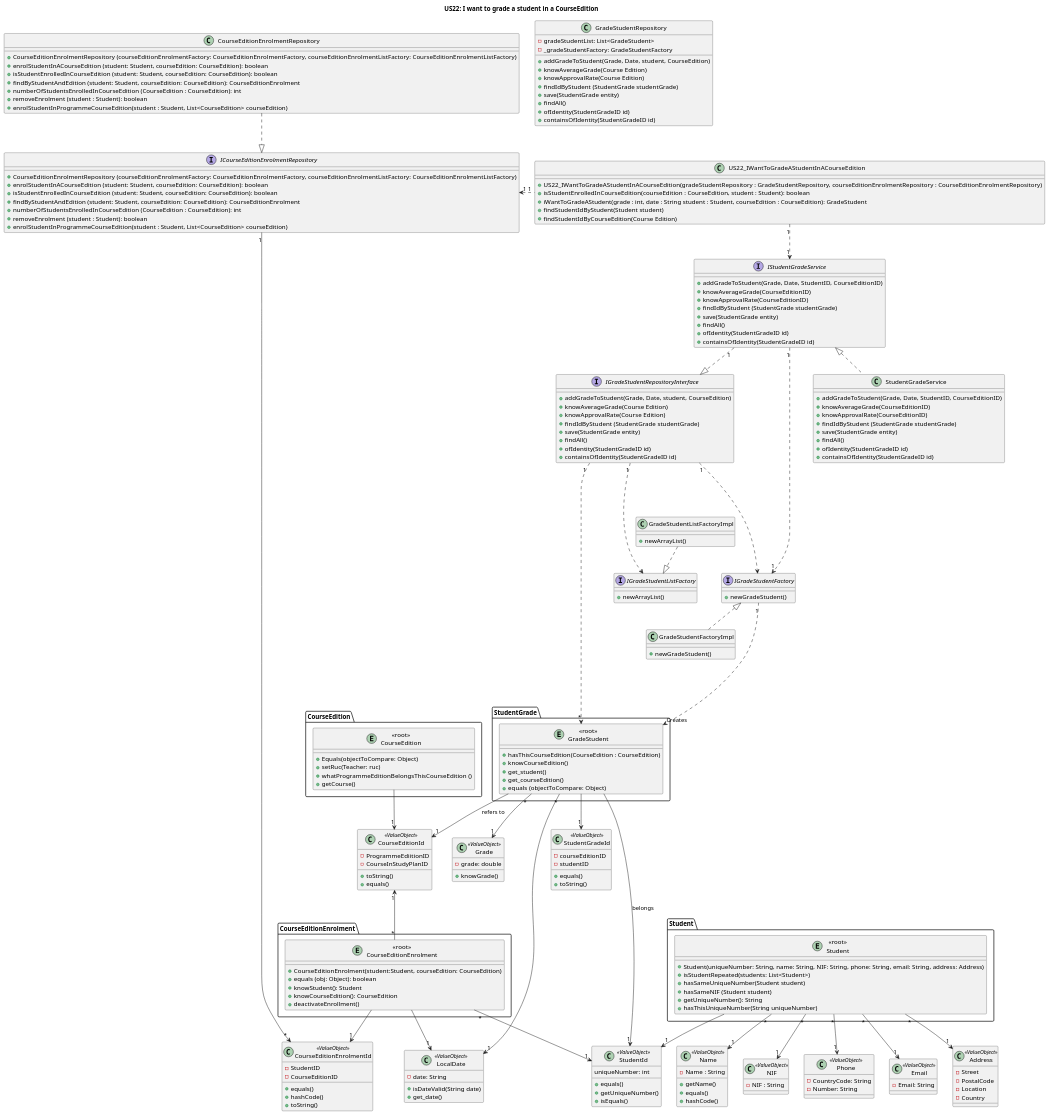
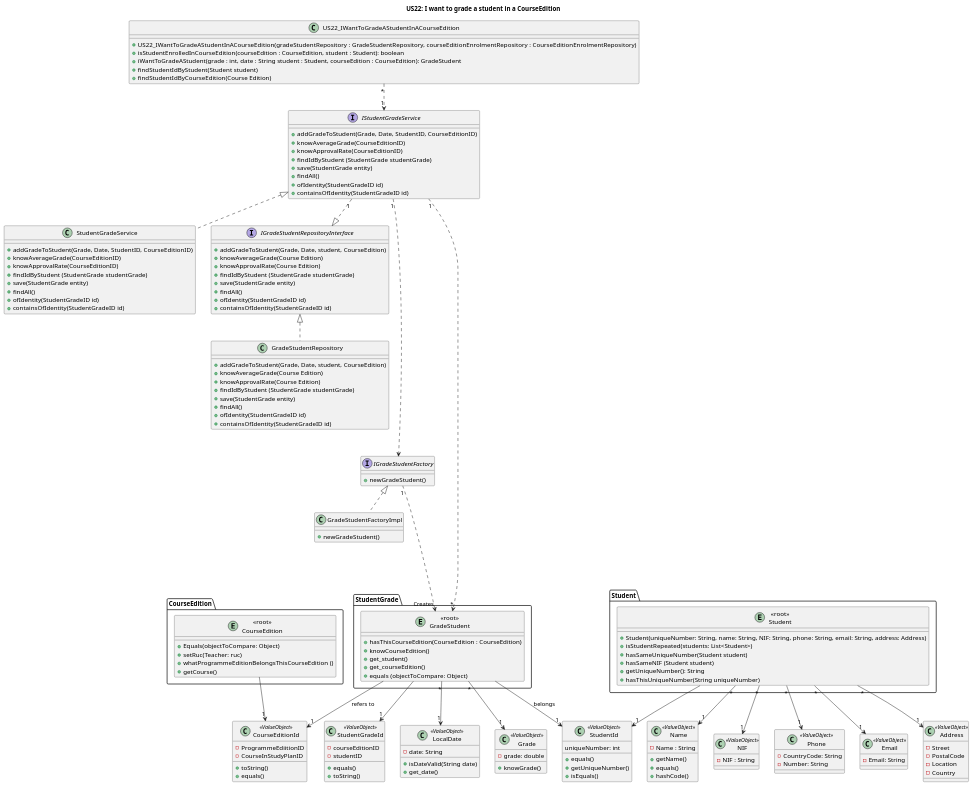
Before and after one commit to GasparISEP/DevOps-PAI: the diagram in docs/US22/US22_Sprint5GradeAStudentInACourseEdition_ClassDiagram.puml, drawn with PlantUML.

Commit message:
Ref #314: Took out some connections between controller and domain and added classes

```diff
--- a/docs/US22/US22_Sprint5GradeAStudentInACourseEdition_ClassDiagram.puml
+++ b/docs/US22/US22_Sprint5GradeAStudentInACourseEdition_ClassDiagram.puml
@@ -32,6 +32,7 @@
         +containsOfIdentity(StudentGradeID id)
 }
 
+/'
 class CourseEditionEnrolmentRepository {
     +CourseEditionEnrolmentRepository (courseEditionEnrolmentFactory: CourseEditionEnrolmentFactory, courseEditionEnrolmentListFactory: CourseEditionEnrolmentListFactory)
     +enrolStudentInACourseEdition (student: Student, courseEdition: CourseEdition): boolean
@@ -71,6 +72,7 @@
 
     }
     }
+    '/
 
 
 package "StudentGrade" {
@@ -102,8 +104,6 @@
         }
 
 class GradeStudentRepository {
-    -gradeStudentList: List<GradeStudent>
-    - _gradeStudentFactory: GradeStudentFactory
     +addGradeToStudent(Grade, Date, student, CourseEdition)
     +knowAverageGrade(Course Edition)
     +knowApprovalRate(Course Edition)
@@ -129,13 +129,6 @@
     +newGradeStudent()
 }
 
-interface IGradeStudentListFactory {
-    +newArrayList()
-}
-
-class GradeStudentListFactoryImpl {
-    +newArrayList()
-}
 
 class GradeStudentFactoryImpl {
     +newGradeStudent()
@@ -202,7 +195,7 @@
     }
     }
 
-"<<root>>\nCourseEditionEnrolment" --> "1" LocalDate
+
 "<<root>>\nStudent" "*" --> "1" Name
 "<<root>>\nStudent" "*" --> "1" NIF
 "<<root>>\nStudent" "*" --> "1" Email
@@ -212,31 +205,32 @@
 "<<root>>\nGradeStudent" "*" --> "1" LocalDate
 "<<root>>\nGradeStudent" --> "1" StudentId: belongs
 "<<root>>\nGradeStudent" --> "1" CourseEditionId : refers to
-IGradeStudentRepositoryInterface "1" ....> IGradeStudentFactory
+IStudentGradeService "1" ....> IGradeStudentFactory
 IGradeStudentFactory "1" ....> "Creates" "<<root>>\nGradeStudent"
-IGradeStudentRepositoryInterface "1" ....>  IGradeStudentListFactory
-GradeStudentListFactoryImpl ..|>  IGradeStudentListFactory
 IGradeStudentFactory  <|..  GradeStudentFactoryImpl
 
 
-CourseEditionEnrolmentRepository ..|> ICourseEditionEnrolmentRepository
-ICourseEditionEnrolmentRepository "1" --> "*" CourseEditionEnrolmentId
+/' CourseEditionEnrolmentRepository ..|> ICourseEditionEnrolmentRepository
+/' ICourseEditionEnrolmentRepository "1" --> "*" CourseEditionEnrolmentId
 "<<root>>\nCourseEditionEnrolment" "*" --> "1" StudentId
+"<<root>>\nCourseEditionEnrolment" --> "1" CourseEditionEnrolmentId
+US22_IWantToGradeAStudentInACourseEdition "1" ..left..> "1    " ICourseEditionEnrolmentRepository
 "<<root>>\nCourseEditionEnrolment" "*" -up-> "1" CourseEditionId
+ "<<root>>\nCourseEditionEnrolment" --> "1" LocalDate '/
 "<<root>>\nGradeStudent" --> "1" StudentGradeId
 "<<root>>\nCourseEdition" --> "1" CourseEditionId
 "<<root>>\nStudent" --> "1" StudentId
-"<<root>>\nCourseEditionEnrolment" --> "1" CourseEditionEnrolmentId
 IStudentGradeService <|..StudentGradeService
+IGradeStudentRepositoryInterface <|..GradeStudentRepository
 
 
 
-IGradeStudentRepositoryInterface "1" ....> "*" "<<root>>\nGradeStudent"
-IStudentGradeService "1" ....> "1" IGradeStudentFactory
+IStudentGradeService "1" ....> "*" "<<root>>\nGradeStudent"
 
 
-US22_IWantToGradeAStudentInACourseEdition "1" ..left..> "1    " ICourseEditionEnrolmentRepository
+
+
 IStudentGradeService "1" ..|> IGradeStudentRepositoryInterface
-US22_IWantToGradeAStudentInACourseEdition "1" ..> "1" IStudentGradeService
+US22_IWantToGradeAStudentInACourseEdition "*" ..> "1" IStudentGradeService
 
 @enduml
```
